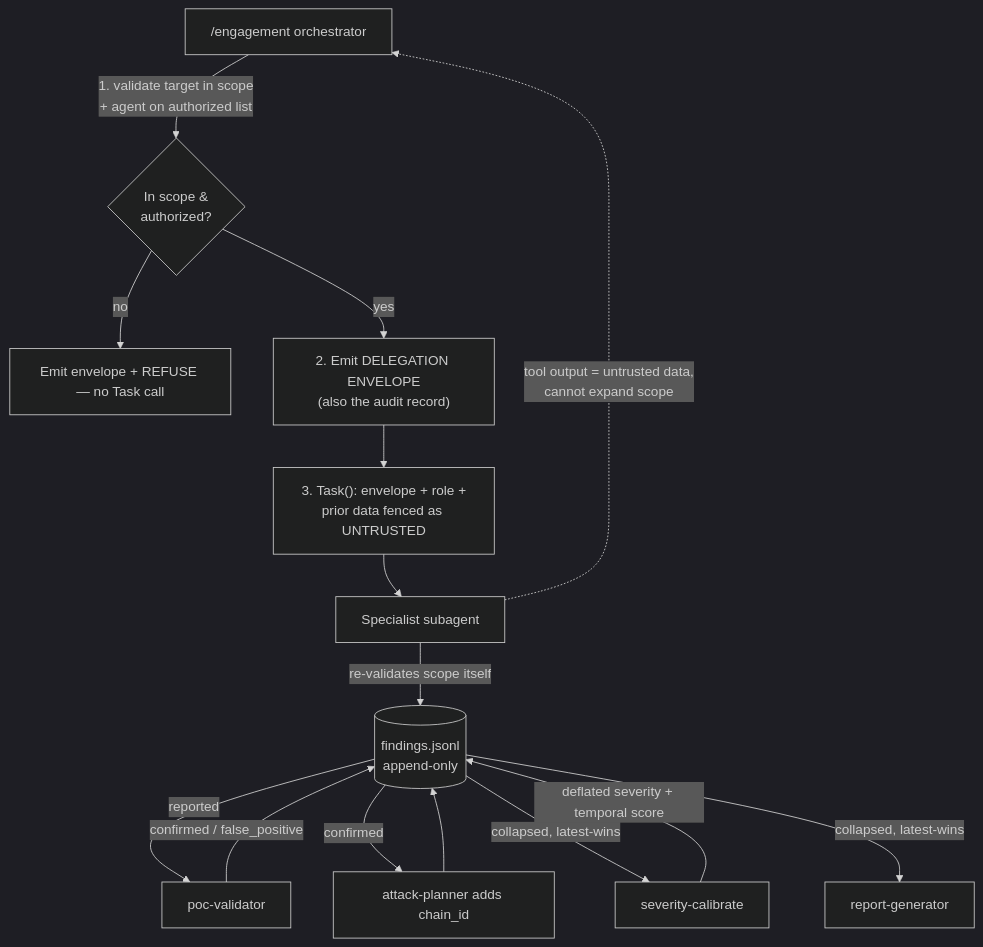
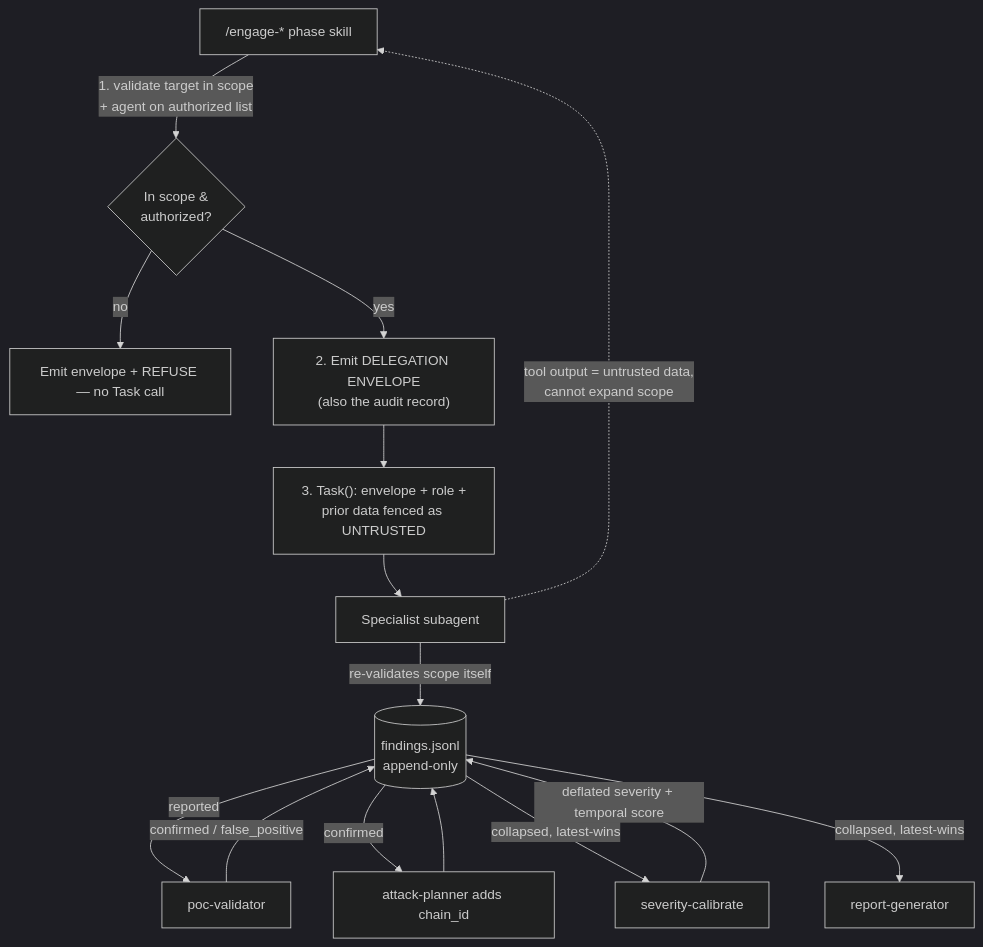
Before and after one commit to ogeidr/pt-ai: the fourth of 5 diagrams in docs/WORKFLOW.md, drawn with Mermaid (dark theme). The commit also changed other lines of this file and 11 other files, not shown here.

````diff
--- a/docs/WORKFLOW.md
+++ b/docs/WORKFLOW.md
@@ -167,21 +174,21 @@
 ```mermaid
 flowchart TD
-    orch["/engagement orchestrator"]
+    orch["/engage-* phase skill"]
 
     orch -->|1. validate target in scope<br/>+ agent on authorized list| check{In scope &<br/>authorized?}
     check -->|no| refuse[Emit envelope + REFUSE — no Task call]
     check -->|yes| env["2. Emit DELEGATION ENVELOPE<br/>(also the audit record)"]
     env --> task["3. Task(): envelope + role +<br/>prior data fenced as UNTRUSTED"]
 
     task --> agent[Specialist subagent]
     agent -->|re-validates scope itself| store[(findings.jsonl<br/>append-only)]
     store -->|reported| pocv[poc-validator]
     pocv -->|confirmed / false_positive| store
     store -->|confirmed| apl[attack-planner adds chain_id]
     apl --> store
     store -->|collapsed, latest-wins| cal[severity-calibrate]
     cal -->|deflated severity + temporal score| store
     store -->|collapsed, latest-wins| repgen[report-generator]
 
     agent -.->|tool output = untrusted data,<br/>cannot expand scope| orch
 ```
````
